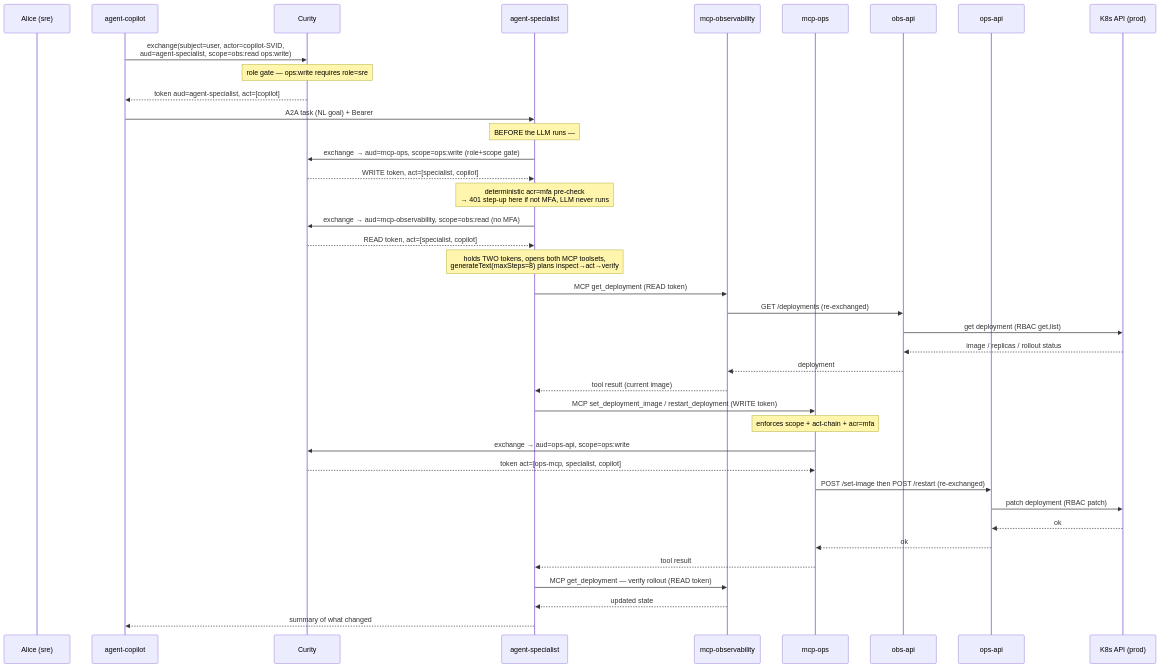
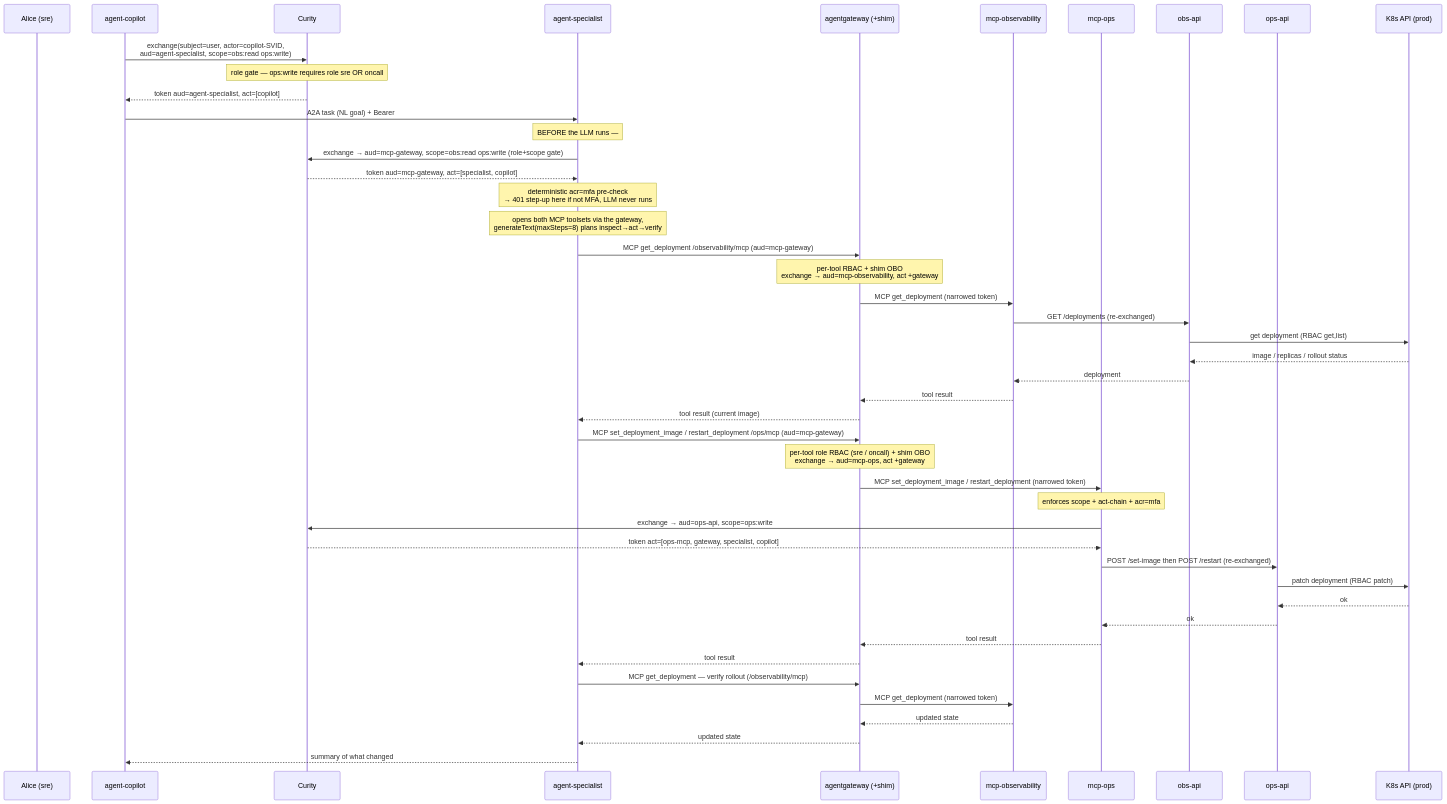
One commit to curityio/ai-agents-auth-demo changed the third of 4 diagrams in docs/architecture.md. Above: the diagram before and after it, drawn with Mermaid. The commit also changed other lines of this file and 5 other files, not shown here.

First line of the commit message:
test(smoke): assert gateway hop + per-tool role split; docs: agentgateway topology

````diff
--- a/docs/architecture.md
+++ b/docs/architecture.md
@@ -212,42 +217,49 @@
 ```mermaid
 sequenceDiagram
     participant U as Alice (sre)
     participant A1 as agent-copilot
     participant Cu as Curity
     participant A2 as agent-specialist
+    participant GW as agentgateway (+shim)
     participant M1 as mcp-observability
     participant M2 as mcp-ops
     participant B1 as obs-api
     participant B2 as ops-api
     participant K as K8s API (prod)
 
     A1->>Cu: exchange(subject=user, actor=copilot-SVID,<br/>aud=agent-specialist, scope=obs:read ops:write)
-    Note over Cu: role gate — ops:write requires role=sre
+    Note over Cu: role gate — ops:write requires role sre OR oncall
     Cu-->>A1: token aud=agent-specialist, act=[copilot]
     A1->>A2: A2A task (NL goal) + Bearer
     Note over A2: BEFORE the LLM runs —
-    A2->>Cu: exchange → aud=mcp-ops, scope=ops:write (role+scope gate)
-    Cu-->>A2: WRITE token, act=[specialist, copilot]
+    A2->>Cu: exchange → aud=mcp-gateway, scope=obs:read ops:write (role+scope gate)
+    Cu-->>A2: token aud=mcp-gateway, act=[specialist, copilot]
     Note over A2: deterministic acr=mfa pre-check<br/>→ 401 step-up here if not MFA, LLM never runs
-    A2->>Cu: exchange → aud=mcp-observability, scope=obs:read (no MFA)
-    Cu-->>A2: READ token, act=[specialist, copilot]
-    Note over A2: holds TWO tokens, opens both MCP toolsets,<br/>generateText(maxSteps=8) plans inspect→act→verify
-    A2->>M1: MCP get_deployment (READ token)
+    Note over A2: opens both MCP toolsets via the gateway,<br/>generateText(maxSteps=8) plans inspect→act→verify
+    A2->>GW: MCP get_deployment /observability/mcp (aud=mcp-gateway)
+    Note over GW: per-tool RBAC + shim OBO<br/>exchange → aud=mcp-observability, act +gateway
+    GW->>M1: MCP get_deployment (narrowed token)
     M1->>B1: GET /deployments (re-exchanged)
     B1->>K: get deployment (RBAC get,list)
     K-->>B1: image / replicas / rollout status
     B1-->>M1: deployment
-    M1-->>A2: tool result (current image)
-    A2->>M2: MCP set_deployment_image / restart_deployment (WRITE token)
+    M1-->>GW: tool result
+    GW-->>A2: tool result (current image)
+    A2->>GW: MCP set_deployment_image / restart_deployment /ops/mcp (aud=mcp-gateway)
+    Note over GW: per-tool role RBAC (sre / oncall) + shim OBO<br/>exchange → aud=mcp-ops, act +gateway
+    GW->>M2: MCP set_deployment_image / restart_deployment (narrowed token)
     Note over M2: enforces scope + act-chain + acr=mfa
     M2->>Cu: exchange → aud=ops-api, scope=ops:write
-    Cu-->>M2: token act=[ops-mcp, specialist, copilot]
+    Cu-->>M2: token act=[ops-mcp, gateway, specialist, copilot]
     M2->>B2: POST /set-image then POST /restart (re-exchanged)
     B2->>K: patch deployment (RBAC patch)
     K-->>B2: ok
     B2-->>M2: ok
-    M2-->>A2: tool result
-    A2->>M1: MCP get_deployment — verify rollout (READ token)
-    M1-->>A2: updated state
+    M2-->>GW: tool result
+    GW-->>A2: tool result
+    A2->>GW: MCP get_deployment — verify rollout (/observability/mcp)
+    GW->>M1: MCP get_deployment (narrowed token)
+    M1-->>GW: updated state
+    GW-->>A2: updated state
     A2-->>A1: summary of what changed
 ```
````
